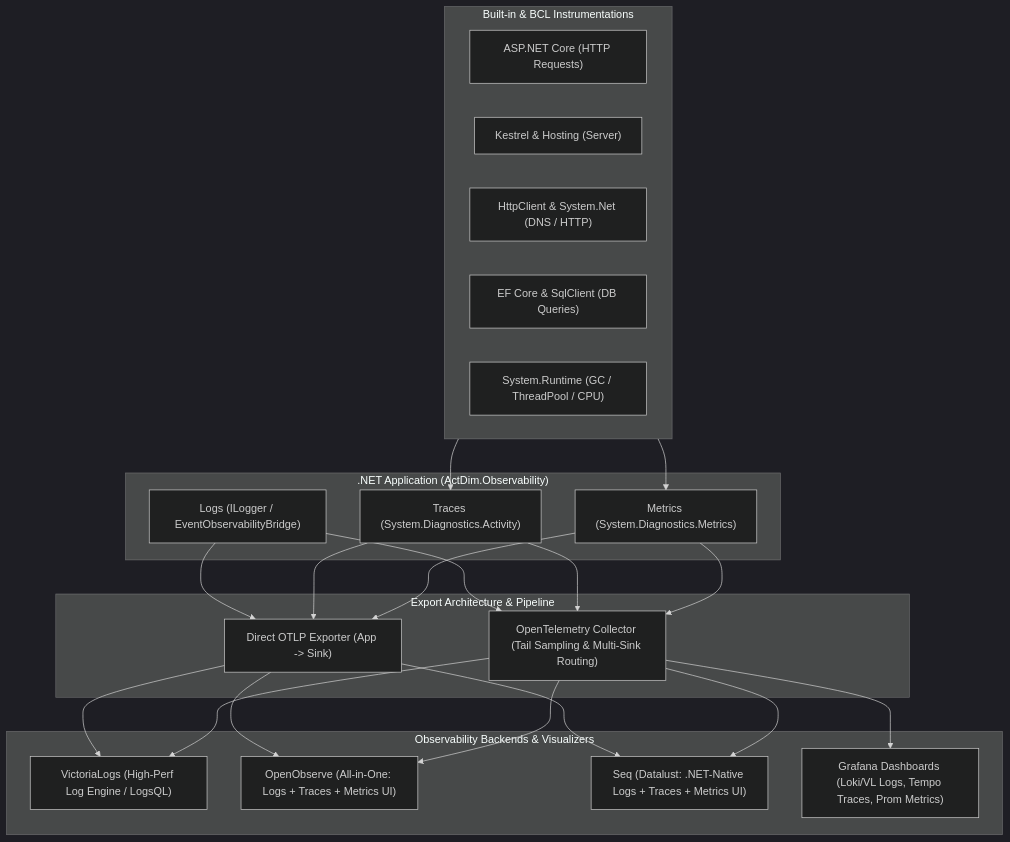
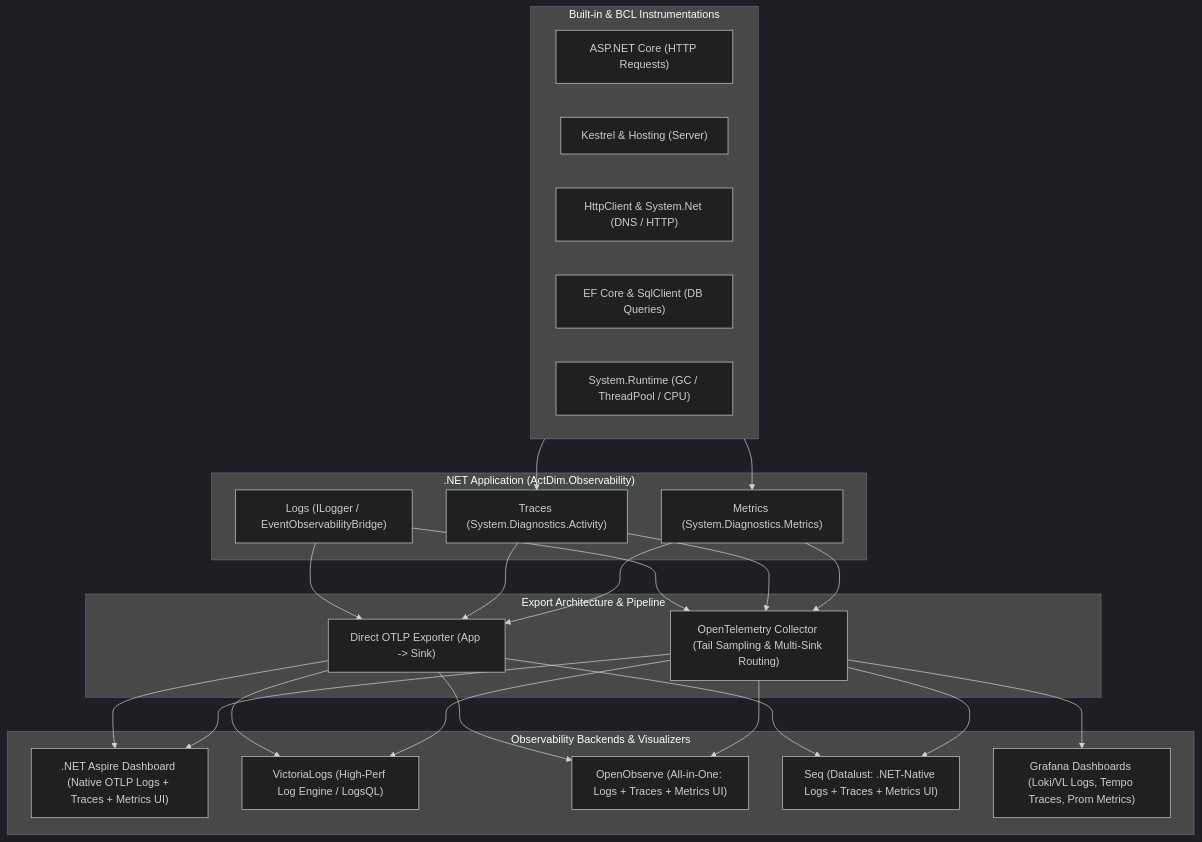
The first of 3 diagrams in ActDim.Observability/README.md (actdim/practix), drawn with Mermaid (dark theme) before and after one commit. The commit also changed other lines of this file, not shown here.

First line of the commit message:
docs(observability): highlight .NET Aspire Dashboard native OTLP ingestion and visualizer setup

````diff
--- a/ActDim.Observability/README.md
+++ b/ActDim.Observability/README.md
@@ -49,47 +50,50 @@
 ```mermaid
 flowchart TD
     subgraph App[".NET Application (ActDim.Observability)"]
         Logs["Logs (ILogger / EventObservabilityBridge)"]
         Traces["Traces (System.Diagnostics.Activity)"]
         Metrics["Metrics (System.Diagnostics.Metrics)"]
     end
 
     subgraph Instrumentations["Built-in & BCL Instrumentations"]
         ASPNET["ASP.NET Core (HTTP Requests)"]
         Kestrel["Kestrel & Hosting (Server)"]
         HTTP["HttpClient & System.Net (DNS / HTTP)"]
         EF["EF Core & SqlClient (DB Queries)"]
         Runtime["System.Runtime (GC / ThreadPool / CPU)"]
     end
 
     subgraph Collection["Export Architecture & Pipeline"]
         Direct["Direct OTLP Exporter (App -> Sink)"]
         Collector["OpenTelemetry Collector (Tail Sampling & Multi-Sink Routing)"]
     end
 
     subgraph Sinks["Observability Backends & Visualizers"]
+        Aspire[".NET Aspire Dashboard (Native OTLP Logs + Traces + Metrics UI)"]
         VL["VictoriaLogs (High-Perf Log Engine / LogsQL)"]
         OO["OpenObserve (All-in-One: Logs + Traces + Metrics UI)"]
         Seq["Seq (Datalust: .NET-Native Logs + Traces + Metrics UI)"]
         Grafana["Grafana Dashboards (Loki/VL Logs, Tempo Traces, Prom Metrics)"]
     end
 
     Instrumentations --> Traces
     Instrumentations --> Metrics
 
     Logs --> Direct
     Traces --> Direct
     Metrics --> Direct
 
     Logs --> Collector
     Traces --> Collector
     Metrics --> Collector
 
+    Direct --> Aspire
     Direct --> VL
     Direct --> OO
     Direct --> Seq
+    Collector --> Aspire
     Collector --> VL
     Collector --> OO
     Collector --> Seq
     Collector --> Grafana
 ```
````
